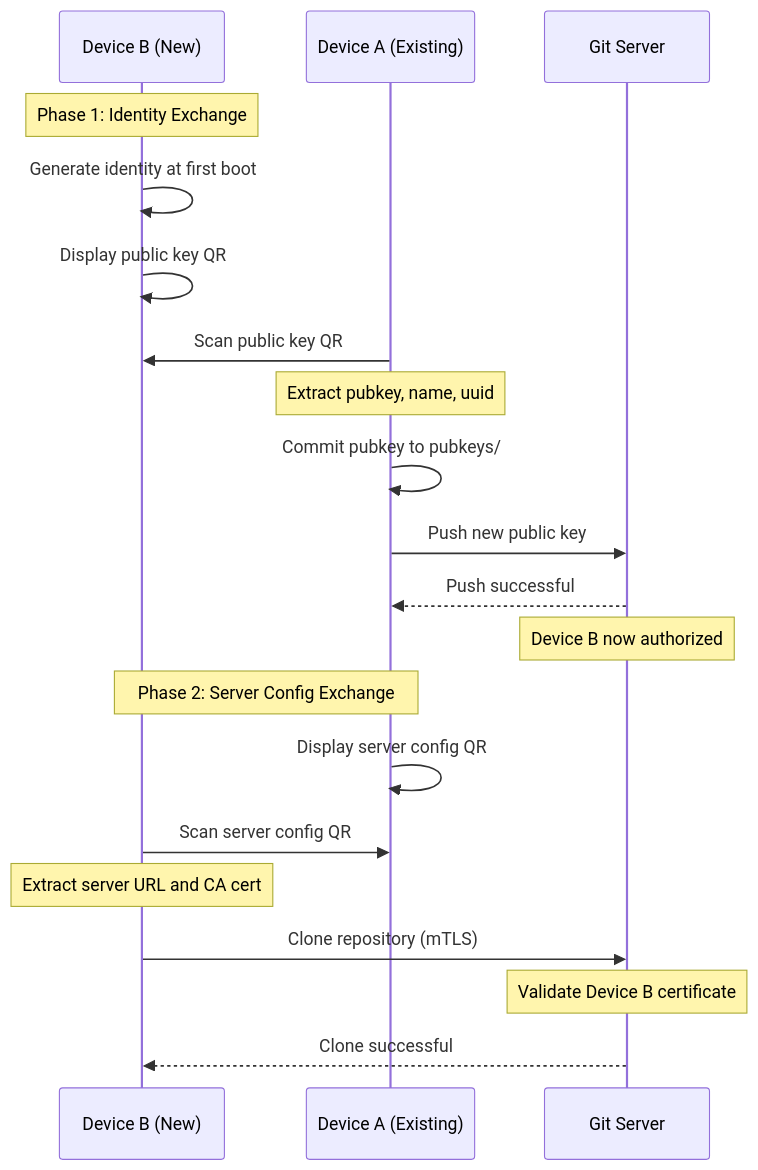
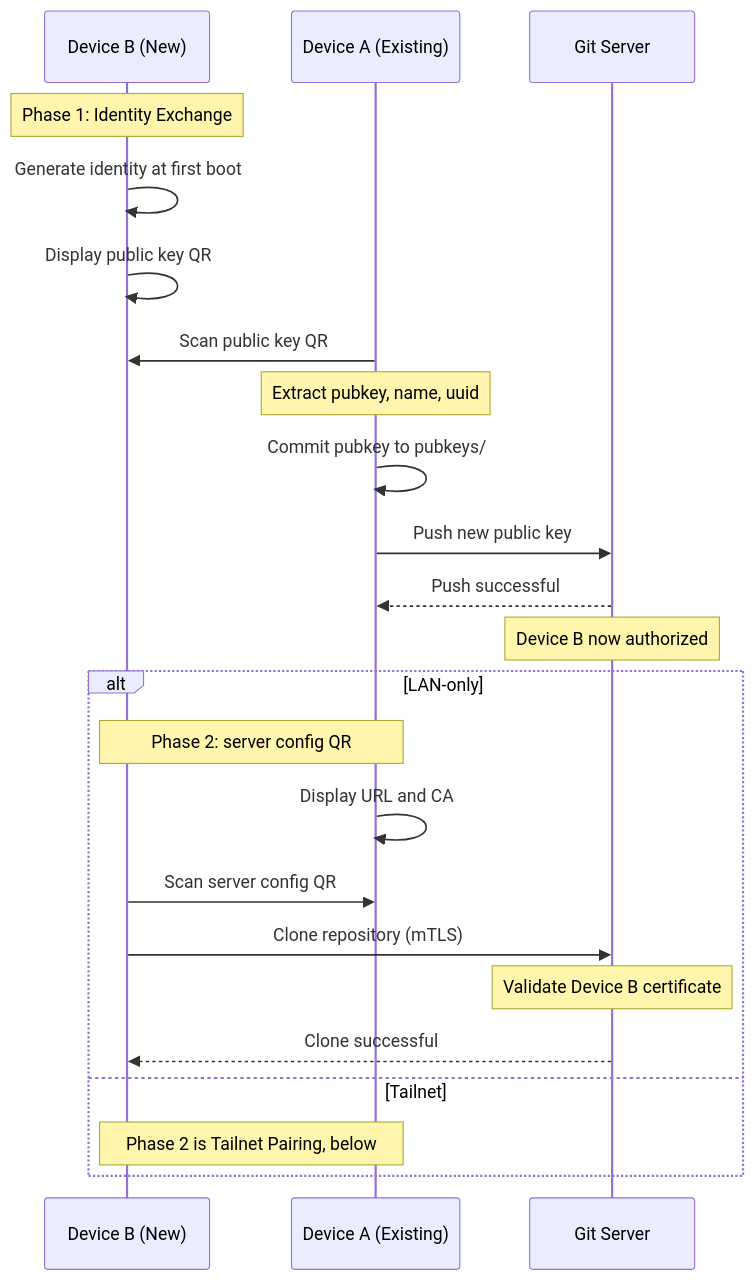
Before and after one commit to mr-andreas/replycant: the second of 4 diagrams in docs/docs/gitdb/device-onboarding.md, drawn with Mermaid. The commit also changed other lines of this file and 2 other files, not shown here.

Commit message:
Document tailnet first-device join, reconnection, and MITM model
The connectivity page described the pieces but not how the first device
joins, how a later launch picks a control route, or why the hosted
relay operator cannot substitute its own certificate.

````diff
--- a/docs/docs/gitdb/device-onboarding.md
+++ b/docs/docs/gitdb/device-onboarding.md
@@ -74,24 +76,27 @@
 ```mermaid
 sequenceDiagram
     participant DeviceB as Device B (New)
     participant DeviceA as Device A (Existing)
     participant GitServer as Git Server
     
     Note over DeviceB: Phase 1: Identity Exchange
     DeviceB->>DeviceB: Generate identity at first boot
     DeviceB->>DeviceB: Display public key QR
     DeviceA->>DeviceB: Scan public key QR
     Note over DeviceA: Extract pubkey, name, uuid
     DeviceA->>DeviceA: Commit pubkey to pubkeys/
     DeviceA->>GitServer: Push new public key
     GitServer-->>DeviceA: Push successful
     Note over GitServer: Device B now authorized
     
-    Note over DeviceA,DeviceB: Phase 2: Server Config Exchange
-    DeviceA->>DeviceA: Display server config QR
-    DeviceB->>DeviceA: Scan server config QR
-    Note over DeviceB: Extract server URL and CA cert
-    DeviceB->>GitServer: Clone repository (mTLS)
-    Note over GitServer: Validate Device B certificate
-    GitServer-->>DeviceB: Clone successful
+    alt LAN-only
+        Note over DeviceA,DeviceB: Phase 2: server config QR
+        DeviceA->>DeviceA: Display URL and CA
+        DeviceB->>DeviceA: Scan server config QR
+        DeviceB->>GitServer: Clone repository (mTLS)
+        Note over GitServer: Validate Device B certificate
+        GitServer-->>DeviceB: Clone successful
+    else Tailnet
+        Note over DeviceA,DeviceB: Phase 2 is Tailnet Pairing, below
+    end
 ```
````
